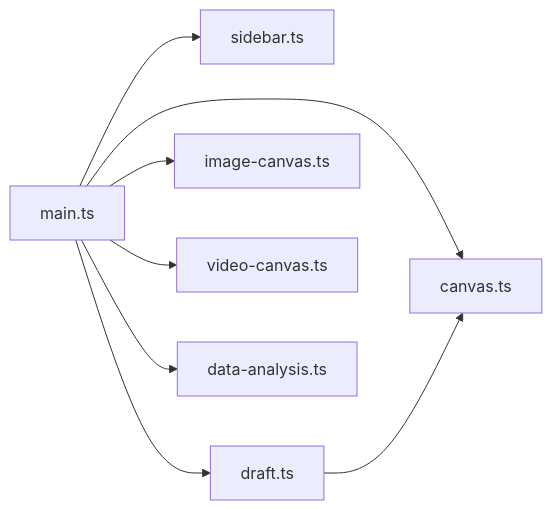
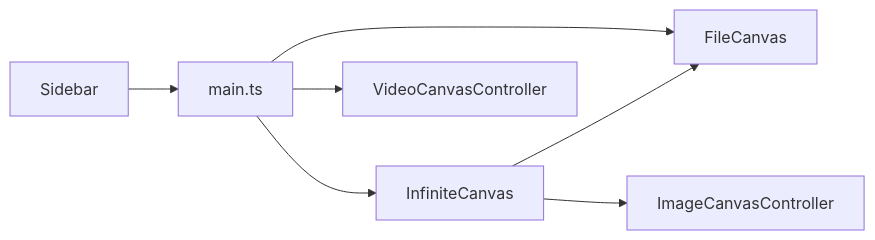
Before and after one commit to 2025ppo/aqw: the eighth of 8 diagrams in .qoder/repowiki/zh/content/UI组件系统/UI组件系统.md, drawn with Mermaid. The commit also changed other lines of this file and 224 other files, not shown here.

````diff
--- a/.qoder/repowiki/zh/content/UI组件系统/UI组件系统.md
+++ b/.qoder/repowiki/zh/content/UI组件系统/UI组件系统.md
@@ -345,10 +558,9 @@
 ```mermaid
 graph LR
-MAIN["main.ts"] --> SB["sidebar.ts"]
-MAIN --> CV["canvas.ts"]
-MAIN --> DC["draft.ts"]
-MAIN --> IC["image-canvas.ts"]
-MAIN --> VC["video-canvas.ts"]
-MAIN --> DAC["data-analysis.ts"]
-DC --> CV
+Sidebar["Sidebar"] --> Main["main.ts"]
+Main --> Canvas["InfiniteCanvas"]
+Main --> FileCanvas["FileCanvas"]
+Canvas --> FileCanvas
+Canvas --> ImageCanvas["ImageCanvasController"]
+Main --> VideoCanvas["VideoCanvasController"]
 ```
````
